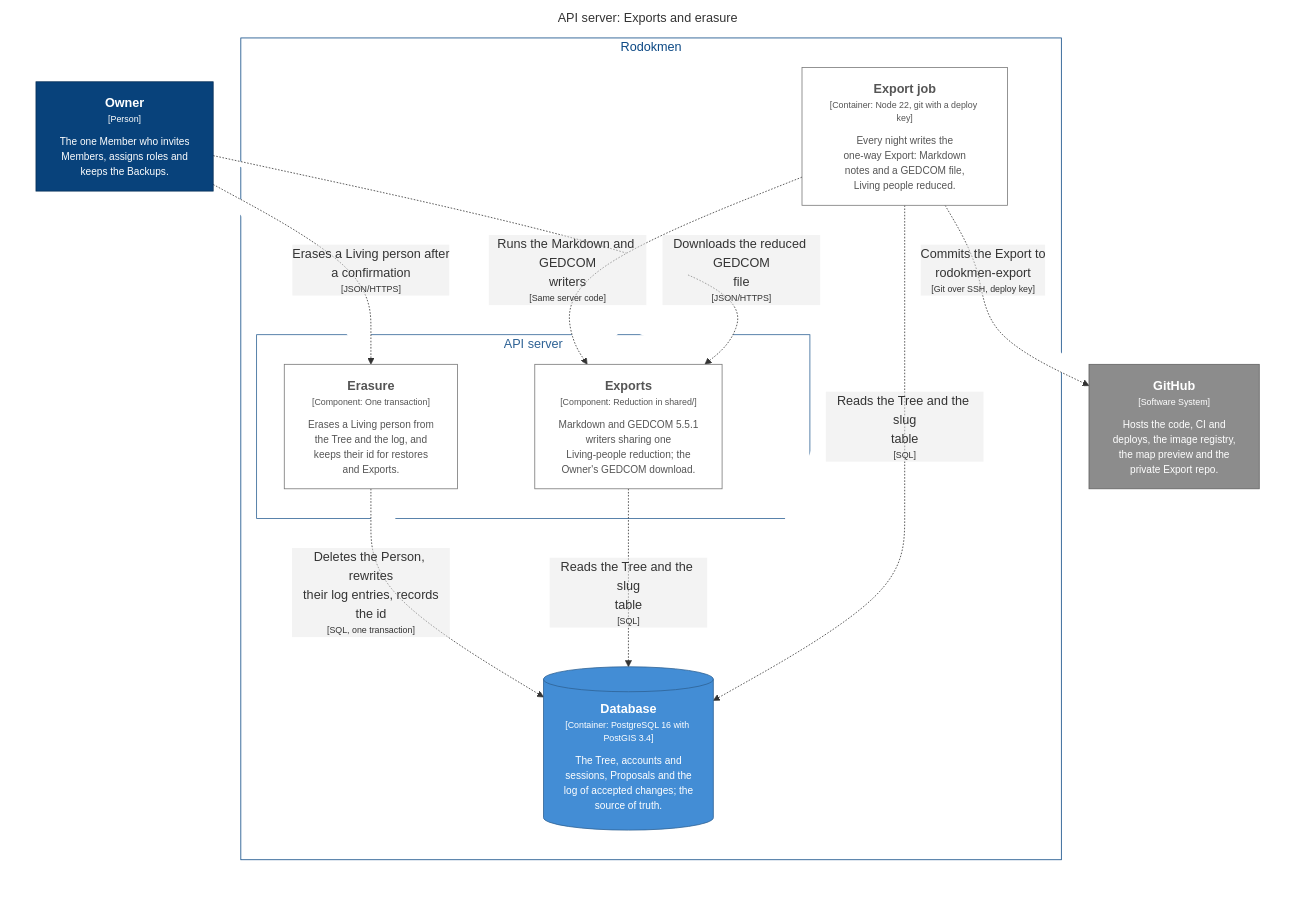
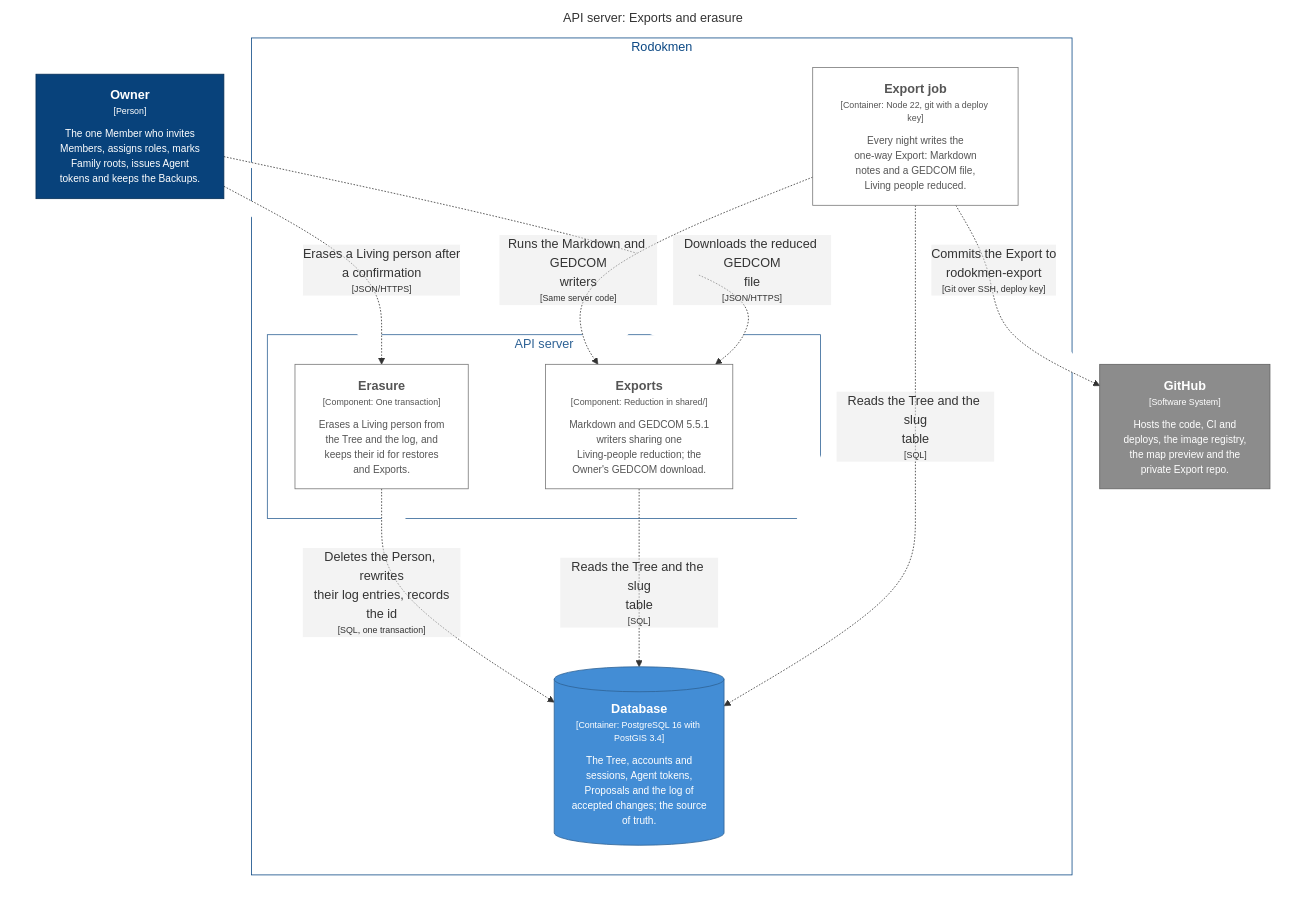
The diagram in docs/architecture/generated/mermaid/13-api-exports-erasure.mmd (xjrk58/rodokmen-app), drawn with Mermaid before and after one commit. The commit also changed 50 other files, not shown here.

```diff
--- a/docs/architecture/generated/mermaid/13-api-exports-erasure.mmd
+++ b/docs/architecture/generated/mermaid/13-api-exports-erasure.mmd
@@ -1,39 +1,39 @@
 graph LR
   linkStyle default fill:#ffffff
 
   subgraph diagram ["API server: Exports and erasure"]
     style diagram fill:#ffffff,stroke:#ffffff
 
-    4["<div style='font-weight: bold'>Owner</div><div style='font-size: 70%; margin-top: 0px'>[Person]</div><div style='font-size: 80%; margin-top:10px'>The one Member who invites<br />Members, assigns roles and<br />keeps the Backups.</div>"]
+    4["<div style='font-weight: bold'>Owner</div><div style='font-size: 70%; margin-top: 0px'>[Person]</div><div style='font-size: 80%; margin-top:10px'>The one Member who invites<br />Members, assigns roles, marks<br />Family roots, issues Agent<br />tokens and keeps the Backups.</div>"]
     style 4 fill:#08427b,stroke:#052e56,color:#ffffff
 
-    70["<div style='font-weight: bold'>GitHub</div><div style='font-size: 70%; margin-top: 0px'>[Software System]</div><div style='font-size: 80%; margin-top:10px'>Hosts the code, CI and<br />deploys, the image registry,<br />the map preview and the<br />private Export repo.</div>"]
-    style 70 fill:#8c8c8c,stroke:#616161,color:#ffffff
+    74["<div style='font-weight: bold'>GitHub</div><div style='font-size: 70%; margin-top: 0px'>[Software System]</div><div style='font-size: 80%; margin-top:10px'>Hosts the code, CI and<br />deploys, the image registry,<br />the map preview and the<br />private Export repo.</div>"]
+    style 74 fill:#8c8c8c,stroke:#616161,color:#ffffff
 
     subgraph 6 ["Rodokmen"]
       style 6 fill:#ffffff,stroke:#0b4884,color:#0b4884
 
-      subgraph 25 ["API server"]
-        style 25 fill:#ffffff,stroke:#2e6295,color:#2e6295
+      subgraph 27 ["API server"]
+        style 27 fill:#ffffff,stroke:#2e6295,color:#2e6295
 
-        38["<div style='font-weight: bold'>Exports</div><div style='font-size: 70%; margin-top: 0px'>[Component: Reduction in shared/]</div><div style='font-size: 80%; margin-top:10px'>Markdown and GEDCOM 5.5.1<br />writers sharing one<br />Living-people reduction; the<br />Owner's GEDCOM download.</div>"]
-        style 38 fill:#ffffff,stroke:#777777,color:#555555
-        39["<div style='font-weight: bold'>Erasure</div><div style='font-size: 70%; margin-top: 0px'>[Component: One transaction]</div><div style='font-size: 80%; margin-top:10px'>Erases a Living person from<br />the Tree and the log, and<br />keeps their id for restores<br />and Exports.</div>"]
-        style 39 fill:#ffffff,stroke:#777777,color:#555555
+        41["<div style='font-weight: bold'>Exports</div><div style='font-size: 70%; margin-top: 0px'>[Component: Reduction in shared/]</div><div style='font-size: 80%; margin-top:10px'>Markdown and GEDCOM 5.5.1<br />writers sharing one<br />Living-people reduction; the<br />Owner's GEDCOM download.</div>"]
+        style 41 fill:#ffffff,stroke:#777777,color:#555555
+        42["<div style='font-weight: bold'>Erasure</div><div style='font-size: 70%; margin-top: 0px'>[Component: One transaction]</div><div style='font-size: 80%; margin-top:10px'>Erases a Living person from<br />the Tree and the log, and<br />keeps their id for restores<br />and Exports.</div>"]
+        style 42 fill:#ffffff,stroke:#777777,color:#555555
       end
 
-      44[("<div style='font-weight: bold'>Database</div><div style='font-size: 70%; margin-top: 0px'>[Container: PostgreSQL 16 with PostGIS 3.4]</div><div style='font-size: 80%; margin-top:10px'>The Tree, accounts and<br />sessions, Proposals and the<br />log of accepted changes; the<br />source of truth.</div>")]
-      style 44 fill:#438dd5,stroke:#2e6295,color:#ffffff
-      48["<div style='font-weight: bold'>Export job</div><div style='font-size: 70%; margin-top: 0px'>[Container: Node 22, git with a deploy key]</div><div style='font-size: 80%; margin-top:10px'>Every night writes the<br />one-way Export: Markdown<br />notes and a GEDCOM file,<br />Living people reduced.</div>"]
-      style 48 fill:#ffffff,stroke:#777777,color:#555555
+      47[("<div style='font-weight: bold'>Database</div><div style='font-size: 70%; margin-top: 0px'>[Container: PostgreSQL 16 with PostGIS 3.4]</div><div style='font-size: 80%; margin-top:10px'>The Tree, accounts and<br />sessions, Agent tokens,<br />Proposals and the log of<br />accepted changes; the source<br />of truth.</div>")]
+      style 47 fill:#438dd5,stroke:#2e6295,color:#ffffff
+      51["<div style='font-weight: bold'>Export job</div><div style='font-size: 70%; margin-top: 0px'>[Container: Node 22, git with a deploy key]</div><div style='font-size: 80%; margin-top:10px'>Every night writes the<br />one-way Export: Markdown<br />notes and a GEDCOM file,<br />Living people reduced.</div>"]
+      style 51 fill:#ffffff,stroke:#777777,color:#555555
     end
 
-    48-. "<div>Reads the Tree and the slug<br />table</div><div style='font-size: 70%'>[SQL]</div>" .->44
-    48-. "<div>Commits the Export to<br />rodokmen-export</div><div style='font-size: 70%'>[Git over SSH, deploy key]</div>" .->70
-    38-. "<div>Reads the Tree and the slug<br />table</div><div style='font-size: 70%'>[SQL]</div>" .->44
-    39-. "<div>Deletes the Person, rewrites<br />their log entries, records<br />the id</div><div style='font-size: 70%'>[SQL, one transaction]</div>" .->44
-    4-. "<div>Downloads the reduced GEDCOM<br />file</div><div style='font-size: 70%'>[JSON/HTTPS]</div>" .->38
-    4-. "<div>Erases a Living person after<br />a confirmation</div><div style='font-size: 70%'>[JSON/HTTPS]</div>" .->39
-    48-. "<div>Runs the Markdown and GEDCOM<br />writers</div><div style='font-size: 70%'>[Same server code]</div>" .->38
+    51-. "<div>Reads the Tree and the slug<br />table</div><div style='font-size: 70%'>[SQL]</div>" .->47
+    51-. "<div>Commits the Export to<br />rodokmen-export</div><div style='font-size: 70%'>[Git over SSH, deploy key]</div>" .->74
+    41-. "<div>Reads the Tree and the slug<br />table</div><div style='font-size: 70%'>[SQL]</div>" .->47
+    42-. "<div>Deletes the Person, rewrites<br />their log entries, records<br />the id</div><div style='font-size: 70%'>[SQL, one transaction]</div>" .->47
+    4-. "<div>Downloads the reduced GEDCOM<br />file</div><div style='font-size: 70%'>[JSON/HTTPS]</div>" .->41
+    4-. "<div>Erases a Living person after<br />a confirmation</div><div style='font-size: 70%'>[JSON/HTTPS]</div>" .->42
+    51-. "<div>Runs the Markdown and GEDCOM<br />writers</div><div style='font-size: 70%'>[Same server code]</div>" .->41
 
   end
```
